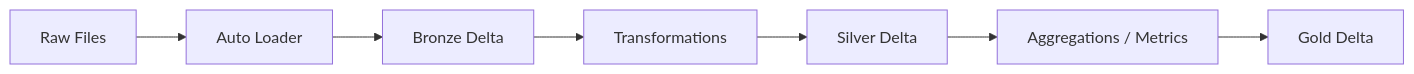
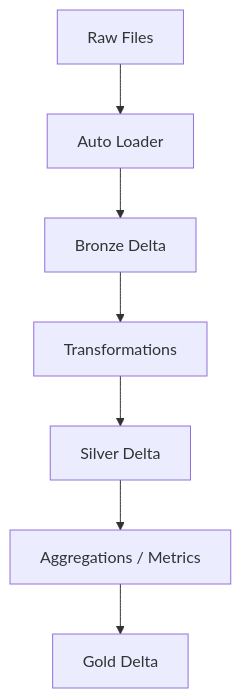
Before and after one commit to mboto863/medallion-pipeline: the diagram in README.md, drawn with Mermaid.

````diff
--- a/README.md
+++ b/README.md
@@ -9,9 +9,9 @@
 ```mermaid
-    flowchart LR
+    flowchart TD
         A[Raw Files] --> B[Auto Loader]
         B --> C[Bronze Delta]
         C --> D[Transformations]
         D --> E[Silver Delta]
         E --> F[Aggregations / Metrics]
         F --> G[Gold Delta]
 ```
````
